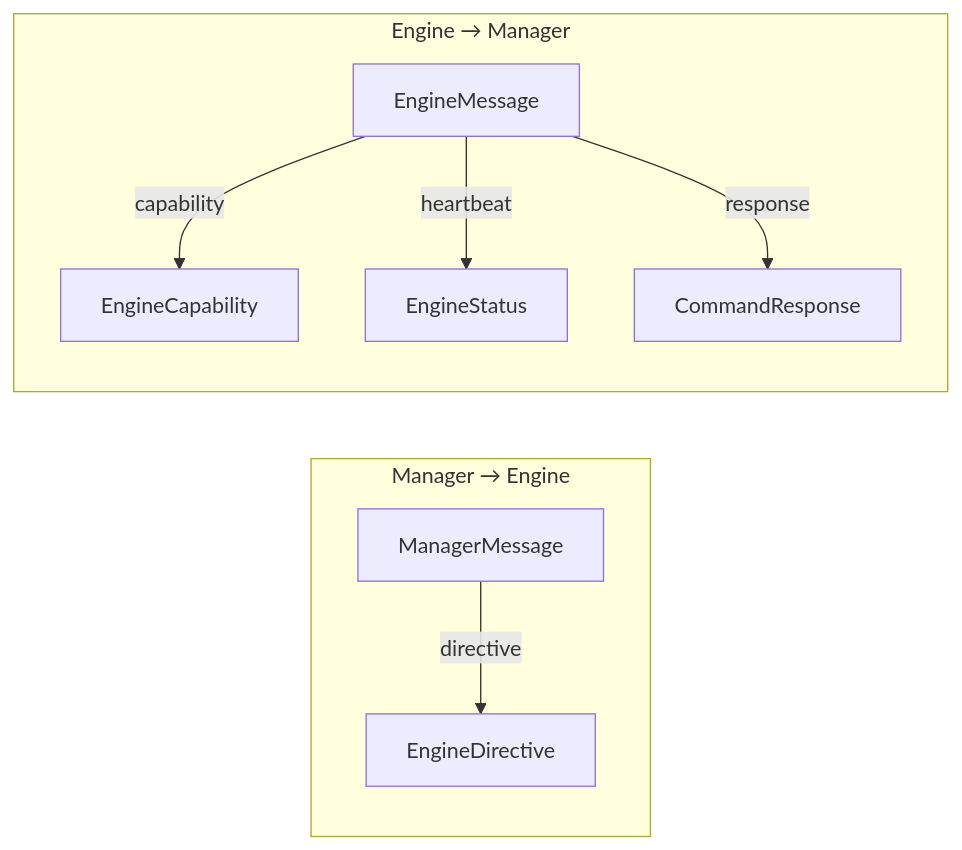
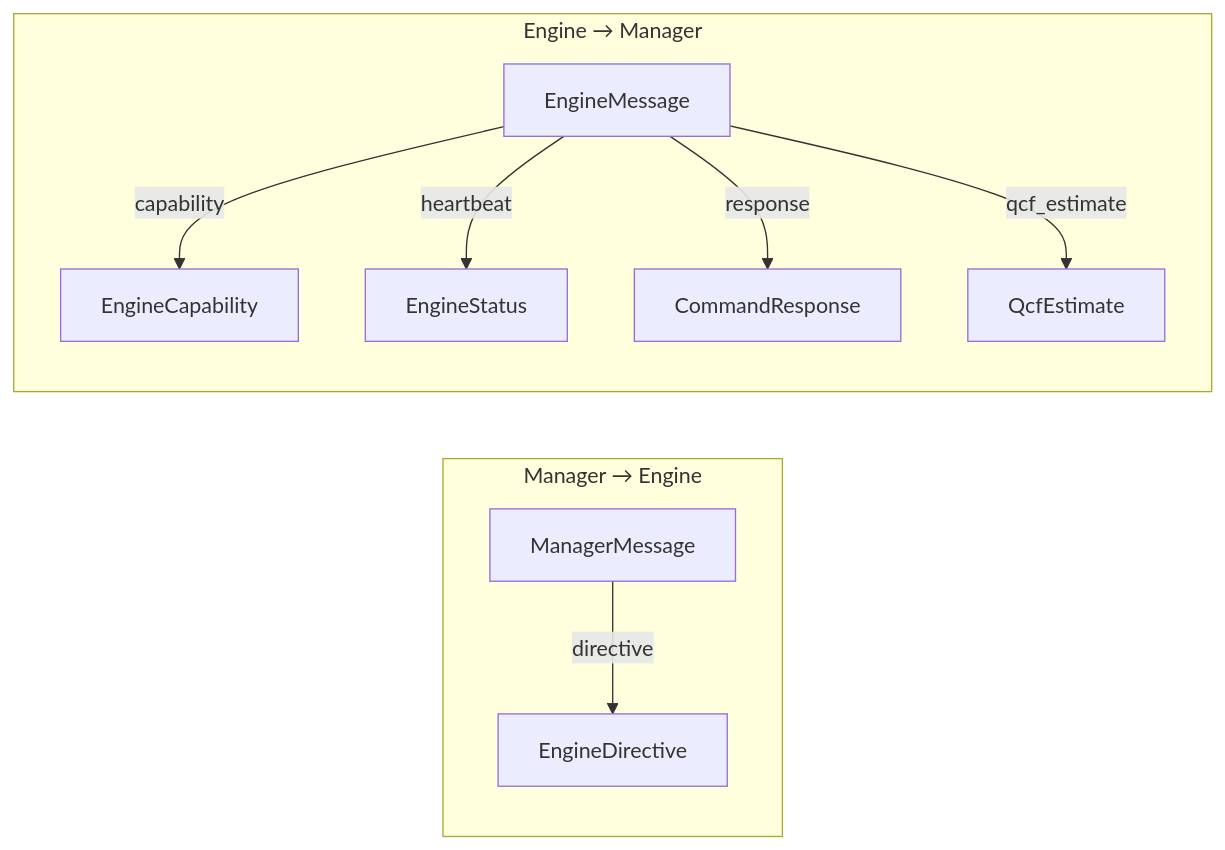
Before and after one commit to hedone21/llm_rs2: the diagram in arch/11-protocol-messages.md, drawn with Mermaid. The commit also changed other lines of this file, not shown here.

Commit message:
docs(arch): update protocol-messages arch to reflect QcfEstimate implementation

````diff
--- a/arch/11-protocol-messages.md
+++ b/arch/11-protocol-messages.md
@@ -12,14 +12,15 @@
 ```mermaid
 graph LR
     subgraph "Manager → Engine"
         MM["ManagerMessage"]
         MM -->|"directive"| ED["EngineDirective"]
     end
 
     subgraph "Engine → Manager"
         EM["EngineMessage"]
         EM -->|"capability"| EC["EngineCapability"]
         EM -->|"heartbeat"| ES["EngineStatus"]
         EM -->|"response"| CR["CommandResponse"]
+        EM -->|"qcf_estimate"| QE["QcfEstimate"]
     end
 ```
````
